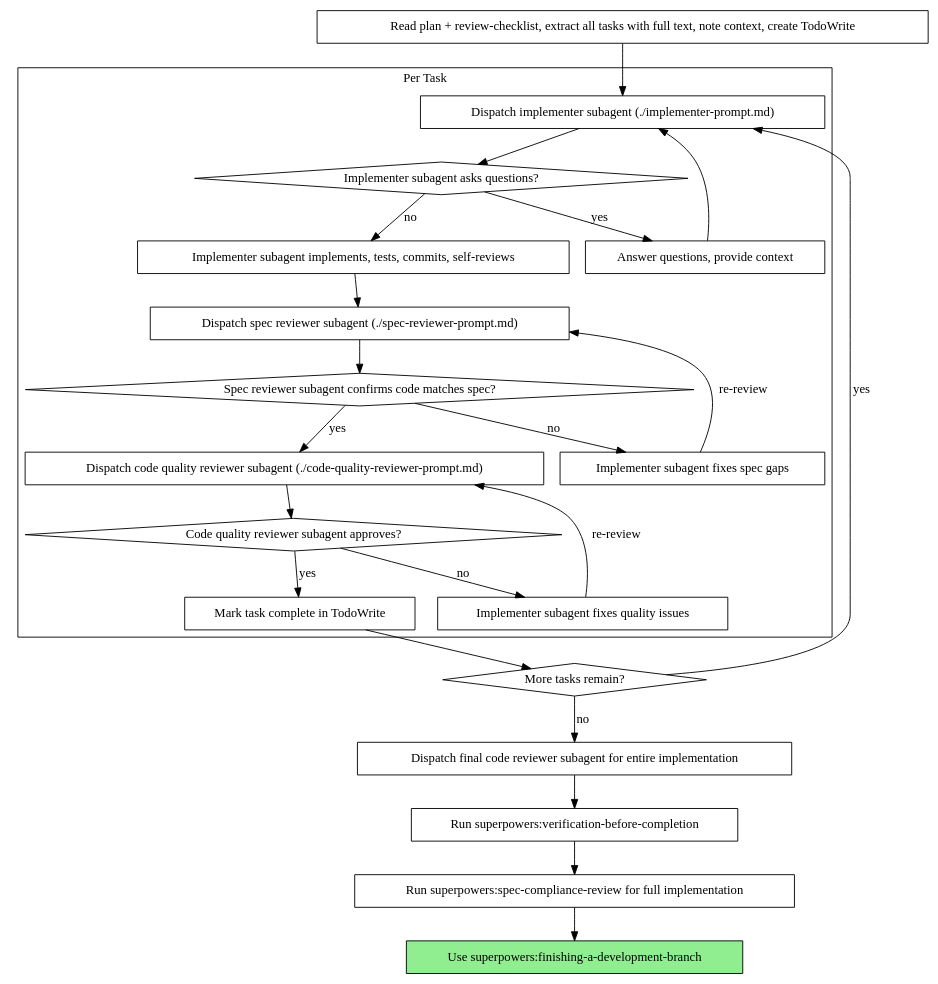
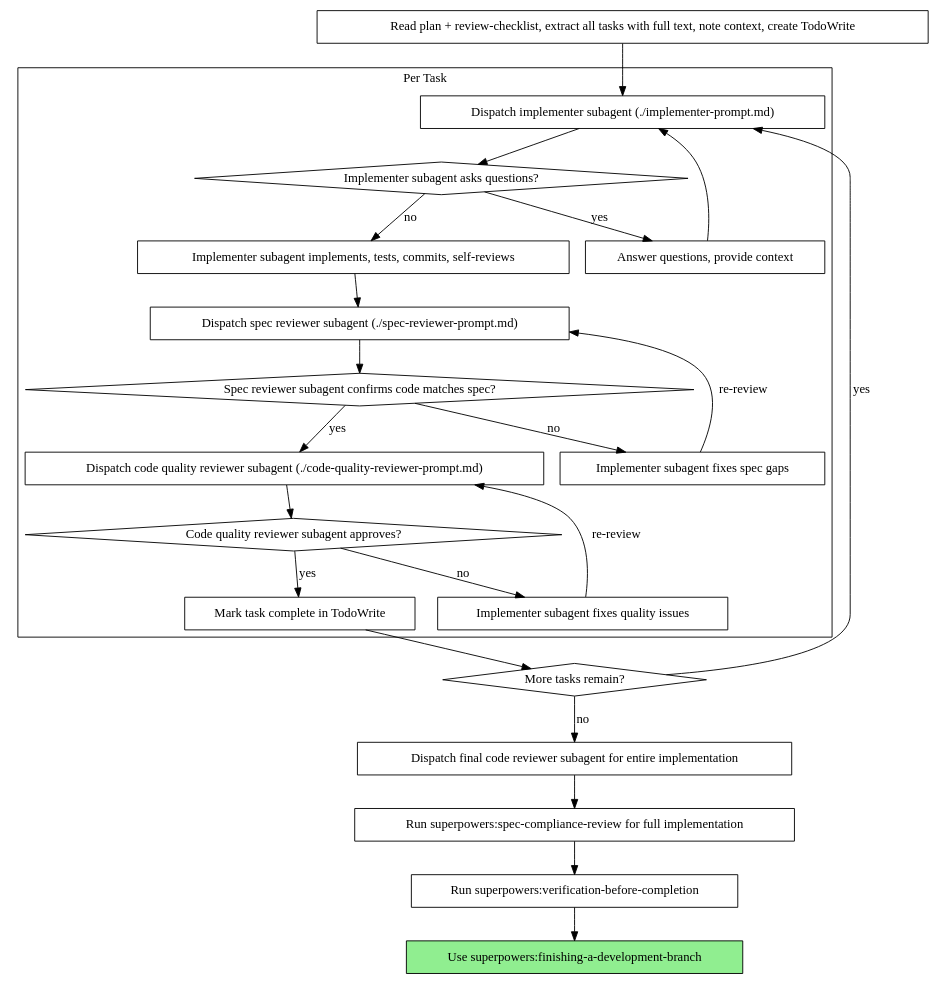
Before and after one commit to merfais/superpowers-enhanced: the second of 2 diagrams in skills/subagent-driven-development/SKILL.md, drawn with Graphviz. The commit also changed other lines of this file and 4 other files, not shown here.

````diff
--- a/skills/subagent-driven-development/SKILL.md
+++ b/skills/subagent-driven-development/SKILL.md
@@ -54,48 +54,48 @@
 ```dot
 digraph process {
     rankdir=TB;
 
     subgraph cluster_per_task {
         label="Per Task";
         "Dispatch implementer subagent (./implementer-prompt.md)" [shape=box];
         "Implementer subagent asks questions?" [shape=diamond];
         "Answer questions, provide context" [shape=box];
         "Implementer subagent implements, tests, commits, self-reviews" [shape=box];
         "Dispatch spec reviewer subagent (./spec-reviewer-prompt.md)" [shape=box];
         "Spec reviewer subagent confirms code matches spec?" [shape=diamond];
         "Implementer subagent fixes spec gaps" [shape=box];
         "Dispatch code quality reviewer subagent (./code-quality-reviewer-prompt.md)" [shape=box];
         "Code quality reviewer subagent approves?" [shape=diamond];
         "Implementer subagent fixes quality issues" [shape=box];
         "Mark task complete in TodoWrite" [shape=box];
     }
 
     "Read plan + review-checklist, extract all tasks with full text, note context, create TodoWrite" [shape=box];
     "More tasks remain?" [shape=diamond];
     "Dispatch final code reviewer subagent for entire implementation" [shape=box];
+    "Run superpowers:spec-compliance-review for full implementation" [shape=box];
     "Run superpowers:verification-before-completion" [shape=box];
-    "Run superpowers:spec-compliance-review for full implementation" [shape=box];
     "Use superpowers:finishing-a-development-branch" [shape=box style=filled fillcolor=lightgreen];
 
     "Read plan + review-checklist, extract all tasks with full text, note context, create TodoWrite" -> "Dispatch implementer subagent (./implementer-prompt.md)";
     "Dispatch implementer subagent (./implementer-prompt.md)" -> "Implementer subagent asks questions?";
     "Implementer subagent asks questions?" -> "Answer questions, provide context" [label="yes"];
     "Answer questions, provide context" -> "Dispatch implementer subagent (./implementer-prompt.md)";
     "Implementer subagent asks questions?" -> "Implementer subagent implements, tests, commits, self-reviews" [label="no"];
     "Implementer subagent implements, tests, commits, self-reviews" -> "Dispatch spec reviewer subagent (./spec-reviewer-prompt.md)";
     "Dispatch spec reviewer subagent (./spec-reviewer-prompt.md)" -> "Spec reviewer subagent confirms code matches spec?";
     "Spec reviewer subagent confirms code matches spec?" -> "Implementer subagent fixes spec gaps" [label="no"];
     "Implementer subagent fixes spec gaps" -> "Dispatch spec reviewer subagent (./spec-reviewer-prompt.md)" [label="re-review"];
     "Spec reviewer subagent confirms code matches spec?" -> "Dispatch code quality reviewer subagent (./code-quality-reviewer-prompt.md)" [label="yes"];
     "Dispatch code quality reviewer subagent (./code-quality-reviewer-prompt.md)" -> "Code quality reviewer subagent approves?";
     "Code quality reviewer subagent approves?" -> "Implementer subagent fixes quality issues" [label="no"];
     "Implementer subagent fixes quality issues" -> "Dispatch code quality reviewer subagent (./code-quality-reviewer-prompt.md)" [label="re-review"];
     "Code quality reviewer subagent approves?" -> "Mark task complete in TodoWrite" [label="yes"];
     "Mark task complete in TodoWrite" -> "More tasks remain?";
     "More tasks remain?" -> "Dispatch implementer subagent (./implementer-prompt.md)" [label="yes"];
     "More tasks remain?" -> "Dispatch final code reviewer subagent for entire implementation" [label="no"];
-    "Dispatch final code reviewer subagent for entire implementation" -> "Run superpowers:verification-before-completion";
-    "Run superpowers:verification-before-completion" -> "Run superpowers:spec-compliance-review for full implementation";
-    "Run superpowers:spec-compliance-review for full implementation" -> "Use superpowers:finishing-a-development-branch";
+    "Dispatch final code reviewer subagent for entire implementation" -> "Run superpowers:spec-compliance-review for full implementation";
+    "Run superpowers:spec-compliance-review for full implementation" -> "Run superpowers:verification-before-completion";
+    "Run superpowers:verification-before-completion" -> "Use superpowers:finishing-a-development-branch";
 }
 ```
````
